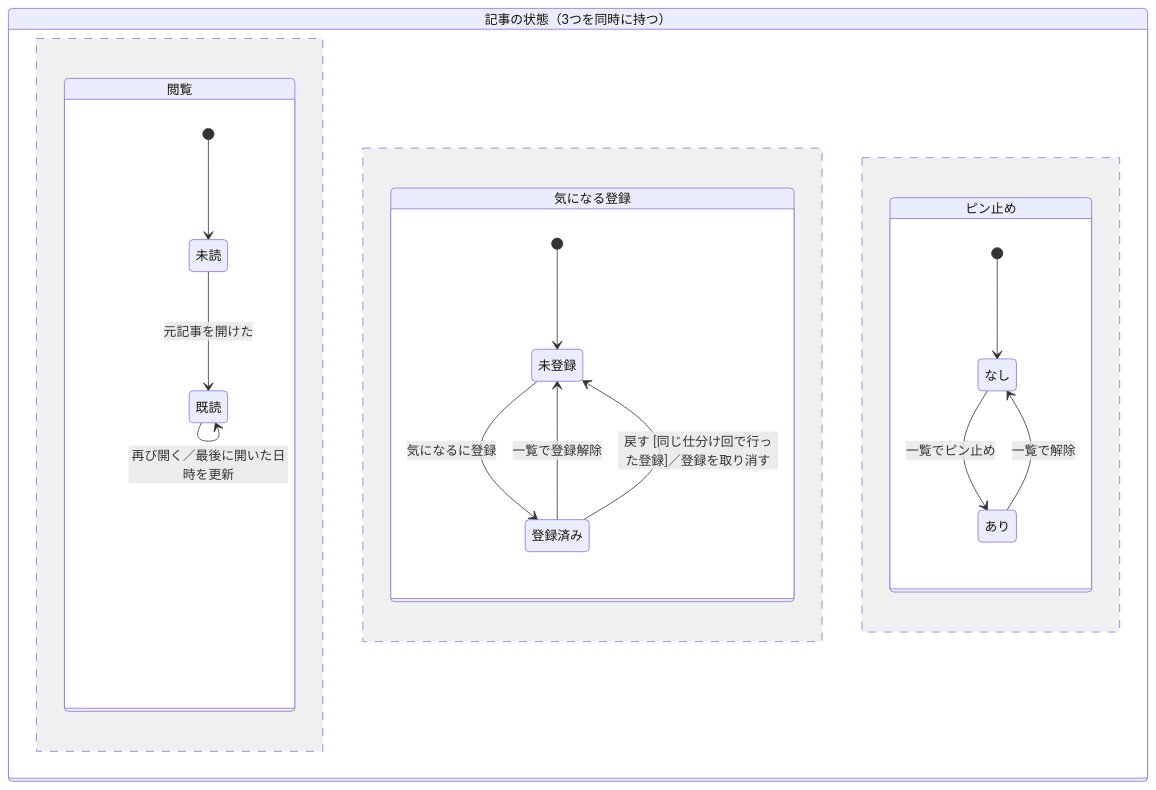
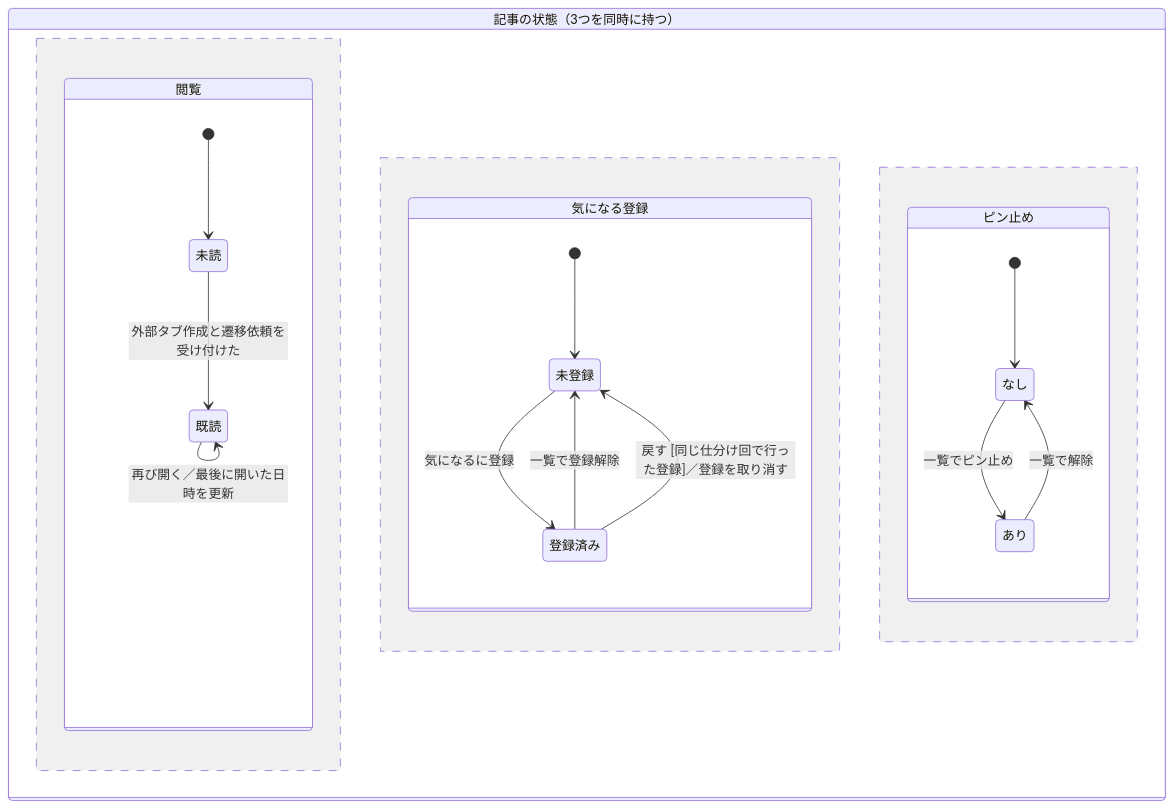
The first of 4 diagrams in docs/state-transitions.md (BeppuKanato/it-discovery), drawn with Mermaid before and after one commit. The commit also changed other lines of this file and 5 other files, not shown here.

Commit message:
docs: 確定ルールに合わせて状態遷移とシーケンス・クラス図を更新する

````diff
--- a/docs/state-transitions.md
+++ b/docs/state-transitions.md
@@ -17,29 +17,29 @@
 ```mermaid
 stateDiagram-v2
     state "記事の状態（3つを同時に持つ）" as Article {
         state "閲覧" as Reading {
             [*] --> Unread
             state "未読" as Unread
             state "既読" as Read
-            Unread --> Read: 元記事を開けた
+            Unread --> Read: 外部タブ作成と遷移依頼を受け付けた
             Read --> Read: 再び開く／最後に開いた日時を更新
         }
         --
         state "気になる登録" as Interest {
             [*] --> NotInterested
             state "未登録" as NotInterested
             state "登録済み" as Interested
             NotInterested --> Interested: 気になるに登録
             Interested --> NotInterested: 一覧で登録解除
             Interested --> NotInterested: 戻す [同じ仕分け回で行った登録]／登録を取り消す
         }
         --
         state "ピン止め" as Pinning {
             [*] --> Unpinned
             state "なし" as Unpinned
             state "あり" as Pinned
             Unpinned --> Pinned: 一覧でピン止め
             Pinned --> Unpinned: 一覧で解除
         }
     }
 ```
````
